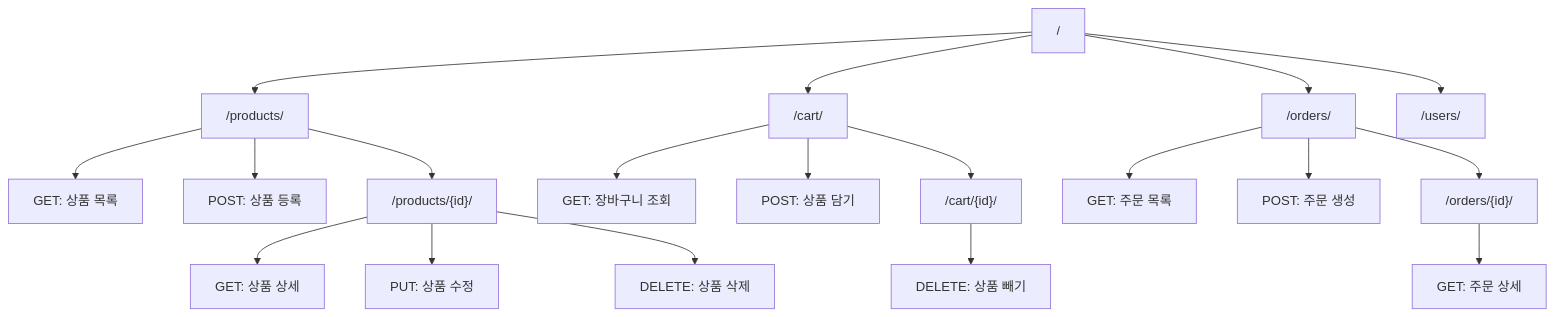
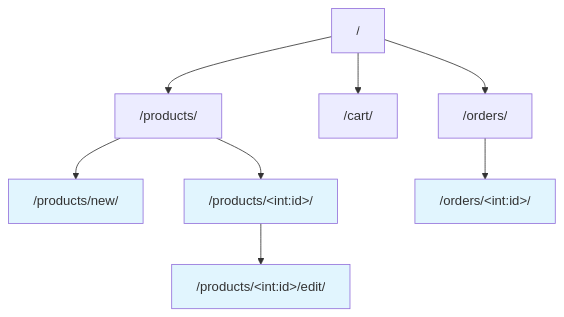
The second of 2 diagrams in _md/essentials-vibecoding/chapter08/08-3.md (nugurejeil/weniVooks), drawn with Mermaid before and after one commit. The commit also changed other lines of this file and 3 other files, not shown here.

````diff
--- a/_md/essentials-vibecoding/chapter08/08-3.md
+++ b/_md/essentials-vibecoding/chapter08/08-3.md
@@ -178,25 +170,19 @@
 ```mermaid
 flowchart TD
     A["/"] --> B["/products/"]
     A --> C["/cart/"]
     A --> D["/orders/"]
-    A --> E["/users/"]
 
-    B --> B1["GET: 상품 목록"]
-    B --> B2["POST: 상품 등록"]
-    B --> B3["/products/{id}/"]
+    B --> B1["/products/new/"]
+    B --> B2["/products/&lt;int:id&gt;/"]
+    B2 --> B2a["/products/&lt;int:id&gt;/edit/"]
 
-    B3 --> B3a["GET: 상품 상세"]
-    B3 --> B3b["PUT: 상품 수정"]
-    B3 --> B3c["DELETE: 상품 삭제"]
+    D --> D1["/orders/&lt;int:id&gt;/"]
 
-    C --> C1["GET: 장바구니 조회"]
-    C --> C2["POST: 상품 담기"]
-    C --> C3["/cart/{id}/"]
-    C3 --> C3a["DELETE: 상품 빼기"]
+    B1:::page
+    B2:::page
+    B2a:::page
+    D1:::page
 
-    D --> D1["GET: 주문 목록"]
-    D --> D2["POST: 주문 생성"]
-    D --> D3["/orders/{id}/"]
-    D3 --> D3a["GET: 주문 상세"]
+    classDef page fill:#e1f5fe
 ```
````
